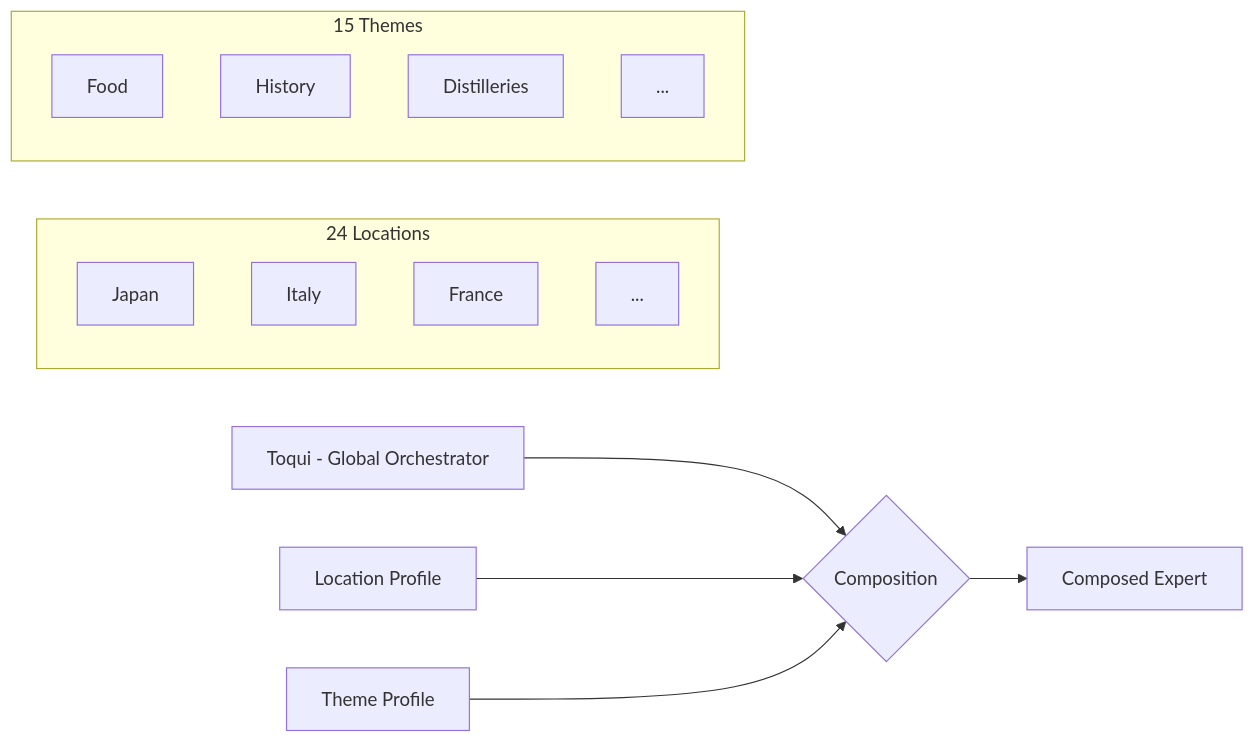
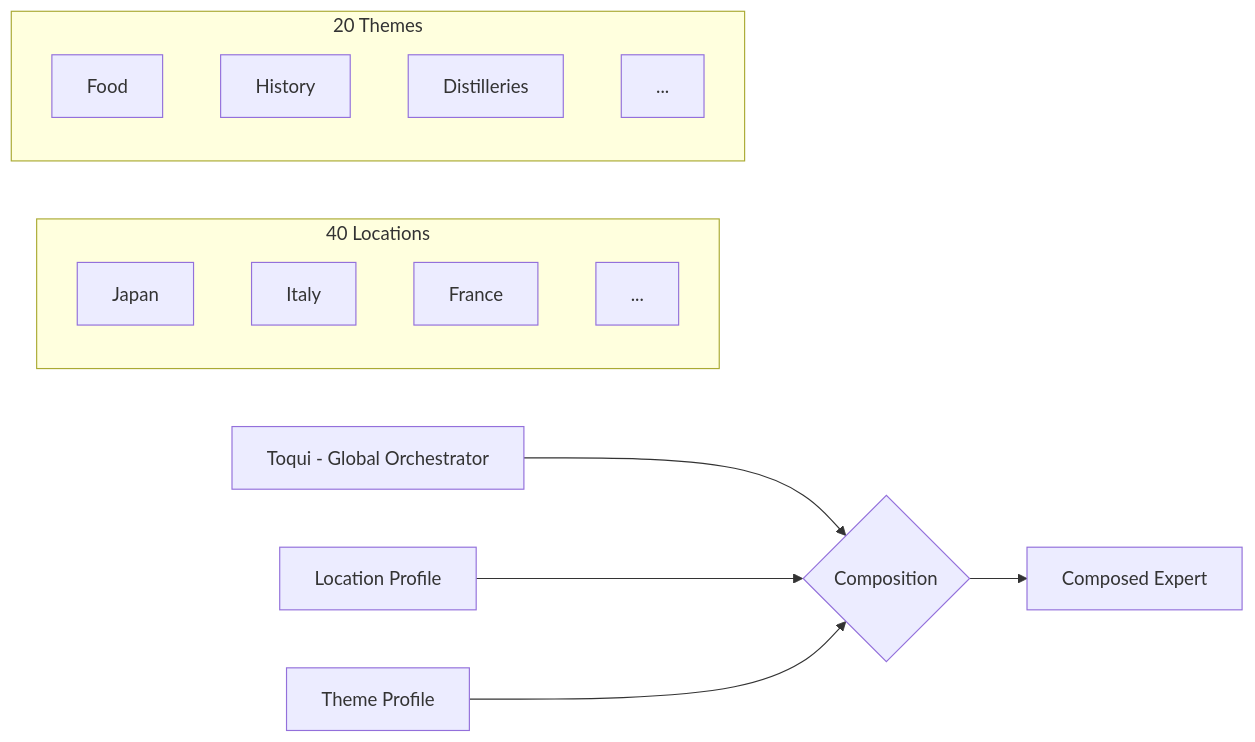
One commit to gallowaysoftware/toqui changed the third of 3 diagrams in CLAUDE.md. Above: the diagram before and after it, drawn with Mermaid. The commit also changed other lines of this file and 2 other files, not shown here.

First line of the commit message:
feat: expand to 40 locations and 20 themes for persona composition (#6, #7)

````diff
--- a/CLAUDE.md
+++ b/CLAUDE.md
@@ -162,21 +162,21 @@
 ```mermaid
 graph LR
     T[Toqui - Global Orchestrator] --> C{Composition}
     L[Location Profile] --> C
     TH[Theme Profile] --> C
     C --> E[Composed Expert]
 
-    subgraph "24 Locations"
+    subgraph "40 Locations"
         L1[Japan]
         L2[Italy]
         L3[France]
         L4[...]
     end
 
-    subgraph "15 Themes"
+    subgraph "20 Themes"
         TH1[Food]
         TH2[History]
         TH3[Distilleries]
         TH4[...]
     end
 ```
````
